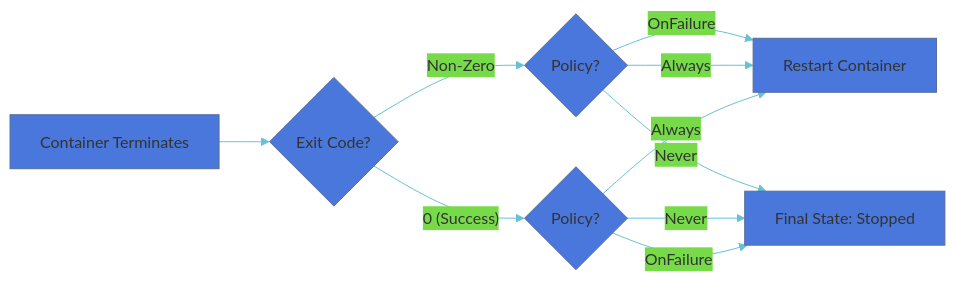
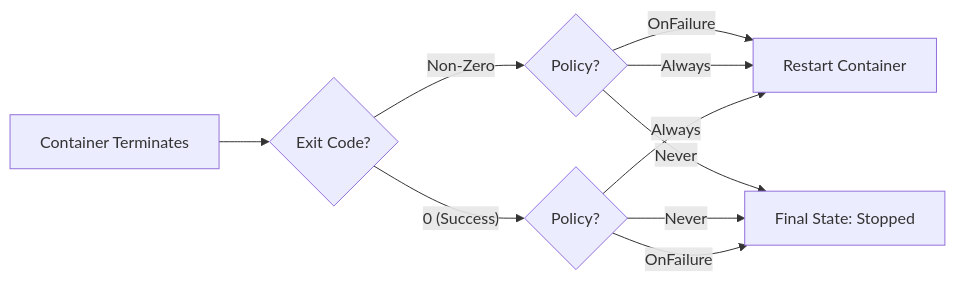
Before and after one commit to Aravind-devops-1/devops_ganesh: the diagram in 02-pods-fundamentals/2.5_pod-restart-policy.md, drawn with Mermaid.

Commit message:
Clean up pod restart policy diagram
Removed unnecessary lines from the restart policy diagram.

````diff
--- a/02-pods-fundamentals/2.5_pod-restart-policy.md
+++ b/02-pods-fundamentals/2.5_pod-restart-policy.md
@@ -25,19 +25,17 @@
 ```mermaid
-
-%%{init: {'theme': 'base', 'themeVariables': { 'curve': 'basis', 'primaryColor': '#4977dbff', 'lineColor': '#66c0d6ff' }}}%%
 graph LR
     %% Main Flow
     Start[Container Terminates] --> Exit{Exit Code?}
 
     %% Success Path
     Exit -- "0 (Success)" --> PolicyS{Policy?}
     PolicyS -- Always --> Restart[Restart Container]
     PolicyS -- OnFailure --> Stop[Final State: Stopped]
     PolicyS -- Never --> Stop
 
     %% Error Path
     Exit -- "Non-Zero" --> PolicyF{Policy?}
     PolicyF -- Always --> Restart
     PolicyF -- OnFailure --> Restart
     PolicyF -- Never --> Stop
 ```
````
